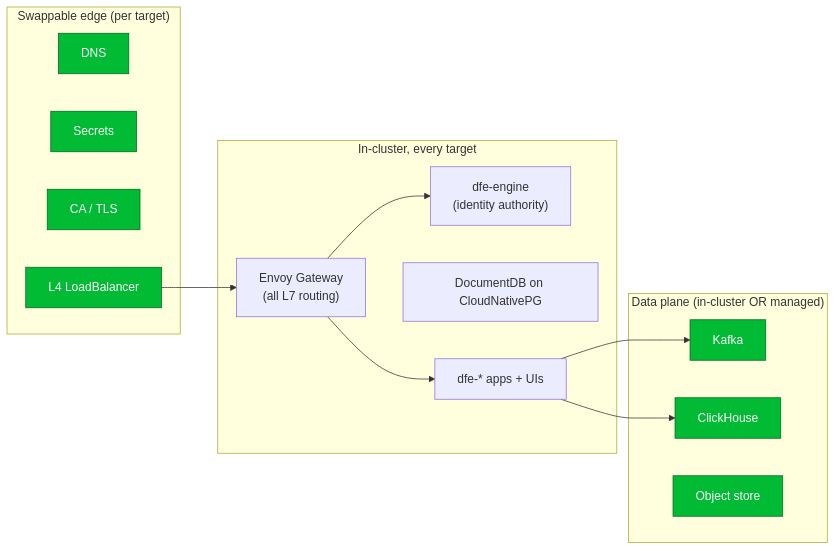
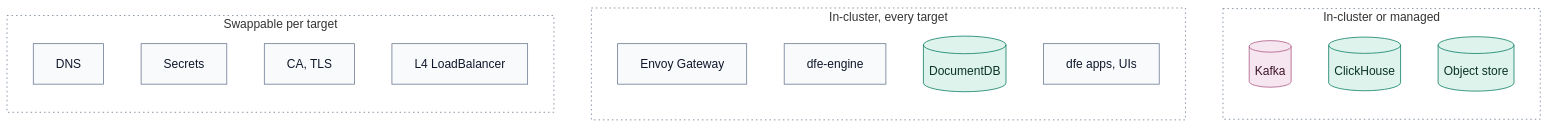
Before and after one commit to hyperi-io/dfe-infra: the diagram in docs/deployment/portability-matrix.md, drawn with Mermaid. The commit also changed other lines of this file and 63 other files, not shown here.

````diff
--- a/docs/deployment/portability-matrix.md
+++ b/docs/deployment/portability-matrix.md
@@ -9,25 +11,35 @@
 ```mermaid
 flowchart LR
-    subgraph edge["Swappable edge (per target)"]
-        DNS[DNS]:::swappable
-        SEC[Secrets]:::swappable
-        CA[CA / TLS]:::swappable
-        LB[L4 LoadBalancer]:::swappable
+    accTitle: L4 Detail -- Fixed and swappable components
+    accDescr: DNS, secrets, the CA and the L4 LoadBalancer swap per target. Envoy Gateway, dfe-engine, the DocumentDB store and the dfe apps run in-cluster on every target. Kafka, ClickHouse and the object store run in-cluster or as a managed endpoint.
+
+    subgraph edge["Swappable per target"]
+        dns["DNS"]
+        secrets["Secrets"]
+        ca["CA, TLS"]
+        lb["L4 LoadBalancer"]
     end
+
     subgraph core["In-cluster, every target"]
-        GW["Envoy Gateway<br/>(all L7 routing)"]
-        ENG["dfe-engine<br/>(identity authority)"]
-        FDB["DocumentDB on CloudNativePG"]
-        APPS["dfe-* apps + UIs"]
+        gateway["Envoy Gateway"]
+        engine["dfe-engine"]
+        docdb[("DocumentDB")]
+        apps["dfe apps, UIs"]
     end
-    subgraph data["Data plane (in-cluster OR managed)"]
-        KAF[Kafka]:::swappable
-        CH[ClickHouse]:::swappable
-        OBJ[Object store]:::swappable
+
+    subgraph data["In-cluster or managed"]
+        kafka[("Kafka")]
+        clickhouse[("ClickHouse")]
+        objstore[("Object store")]
     end
-    LB --> GW --> APPS
-    GW --> ENG
-    APPS --> KAF
-    APPS --> CH
-    classDef swappable fill:#0b3,stroke:#062,color:#fff;
+
+    edge ~~~ core ~~~ data
+
+    classDef default fill:#F8FAFC,stroke:#64748B,stroke-width:1px,color:#0F172A
+    classDef store fill:#DDF3EC,stroke:#00785A,stroke-width:1px,color:#0B3327
+    classDef async fill:#F6E6EF,stroke:#A8517F,stroke-width:1px,color:#3D1529
+    classDef group fill:none,stroke:#64748B,stroke-width:1px,stroke-dasharray:2 4
+    class docdb,clickhouse,objstore store
+    class kafka async
+    class edge,core,data group
 ```
````
